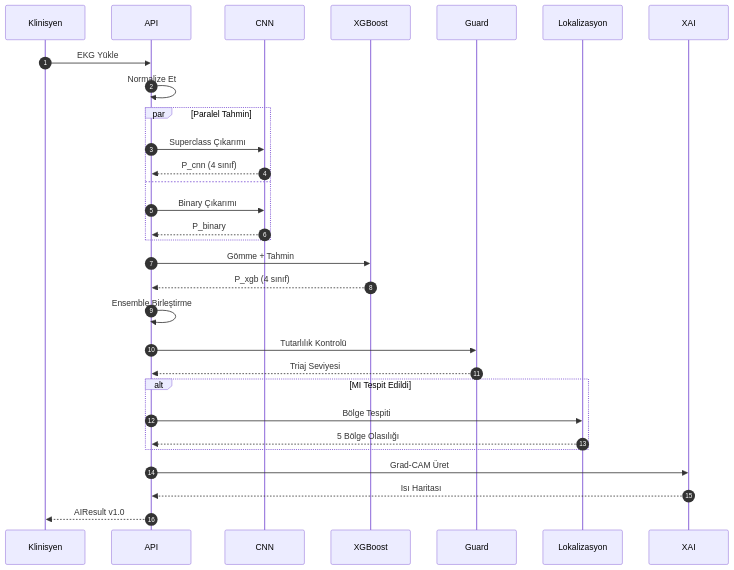
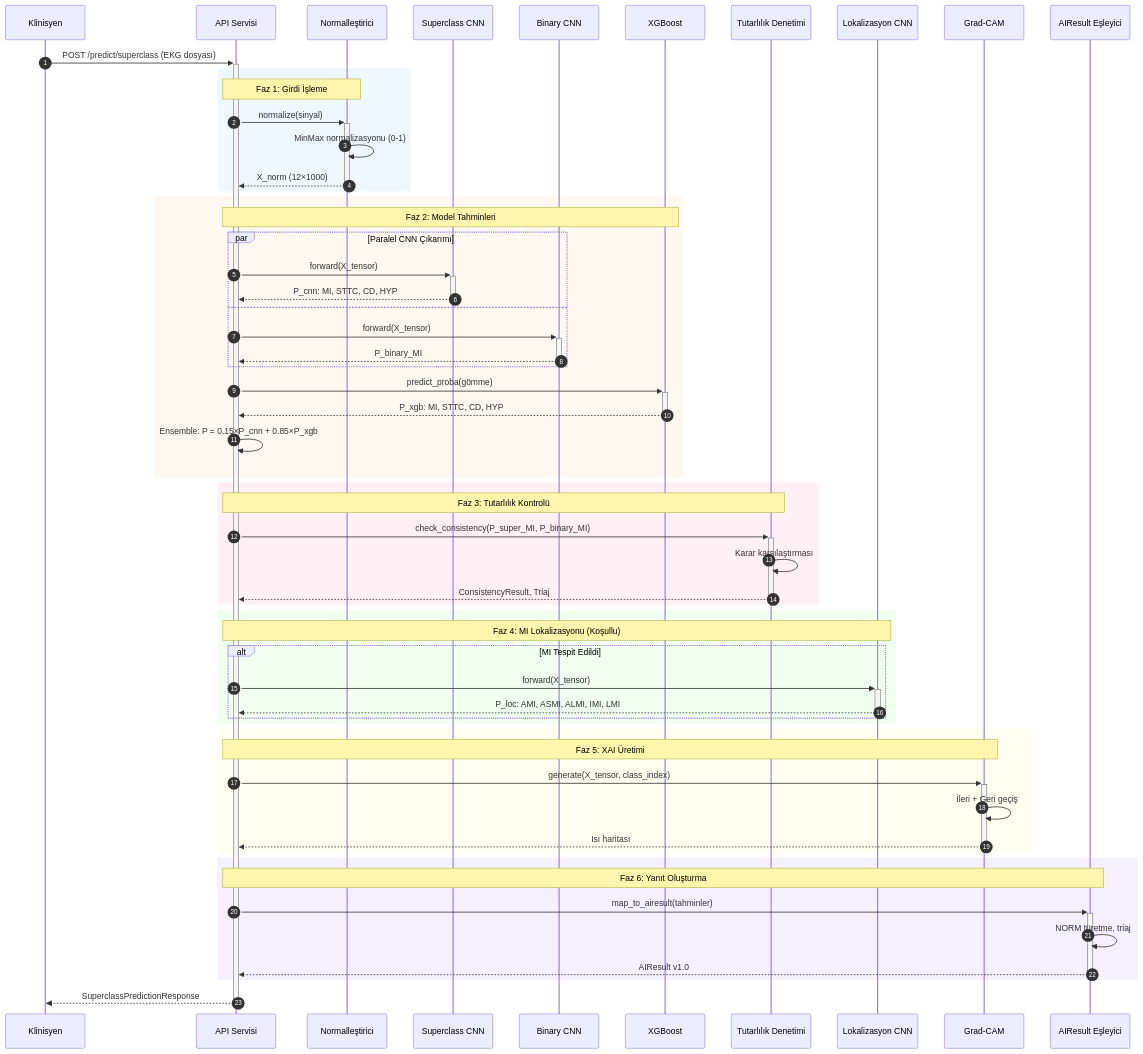
Before and after one commit to mUsaulug/CardioGuard-AI: the first of 9 diagrams in docs/diagrams/06_sequence_diagram.md, drawn with Mermaid. The commit also changed other lines of this file and 3 other files, not shown here.

````diff
--- a/docs/diagrams/06_sequence_diagram.md
+++ b/docs/diagrams/06_sequence_diagram.md
@@ -16,40 +29,70 @@
 ```mermaid
 sequenceDiagram
     autonumber
-    participant K as Klinisyen
-    participant API
-    participant CNN
+    participant Klinisyen
+    participant API as API Servisi
+    participant Norm as Normalleştirici
+    participant SuperCNN as Superclass CNN
+    participant BinaryCNN as Binary CNN
     participant XGB as XGBoost
-    participant Guard
-    participant Loc as Lokalizasyon
-    participant XAI
+    participant Guard as Tutarlılık Denetimi
+    participant LocCNN as Lokalizasyon CNN
+    participant XAI as Grad-CAM
+    participant Mapper as AIResult Eşleyici
     
-    K->>API: EKG Yükle
-    API->>API: Normalize Et
+    Klinisyen->>+API: POST /predict/superclass (EKG dosyası)
     
-    par Paralel Tahmin
-        API->>CNN: Superclass Çıkarımı
-        CNN-->>API: P_cnn (4 sınıf)
-    and
-        API->>CNN: Binary Çıkarımı
-        CNN-->>API: P_binary
+    rect rgb(240, 248, 255)
+        Note over API, Norm: Faz 1: Girdi İşleme
+        API->>+Norm: normalize(sinyal)
+        Norm->>Norm: MinMax normalizasyonu (0-1)
+        Norm-->>-API: X_norm (12×1000)
     end
     
-    API->>XGB: Gömme + Tahmin
-    XGB-->>API: P_xgb (4 sınıf)
-    
-    API->>API: Ensemble Birleştirme
-    
-    API->>Guard: Tutarlılık Kontrolü
-    Guard-->>API: Triaj Seviyesi
-    
-    alt MI Tespit Edildi
-        API->>Loc: Bölge Tespiti
-        Loc-->>API: 5 Bölge Olasılığı
+    rect rgb(255, 248, 240)
+        Note over API, XGB: Faz 2: Model Tahminleri
+        par Paralel CNN Çıkarımı
+            API->>+SuperCNN: forward(X_tensor)
+            SuperCNN-->>-API: P_cnn: MI, STTC, CD, HYP
+        and
+            API->>+BinaryCNN: forward(X_tensor)
+            BinaryCNN-->>-API: P_binary_MI
+        end
+        
+        API->>+XGB: predict_proba(gömme)
+        XGB-->>-API: P_xgb: MI, STTC, CD, HYP
+        
+        API->>API: Ensemble: P = 0.15×P_cnn + 0.85×P_xgb
     end
     
-    API->>XAI: Grad-CAM Üret
-    XAI-->>API: Isı Haritası
+    rect rgb(255, 240, 245)
+        Note over API, Guard: Faz 3: Tutarlılık Kontrolü
+        API->>+Guard: check_consistency(P_super_MI, P_binary_MI)
+        Guard->>Guard: Karar karşılaştırması
+        Guard-->>-API: ConsistencyResult, Triaj
+    end
     
-    API-->>K: AIResult v1.0
+    rect rgb(240, 255, 240)
+        Note over API, LocCNN: Faz 4: MI Lokalizasyonu (Koşullu)
+        alt MI Tespit Edildi
+            API->>+LocCNN: forward(X_tensor)
+            LocCNN-->>-API: P_loc: AMI, ASMI, ALMI, IMI, LMI
+        end
+    end
+    
+    rect rgb(255, 255, 240)
+        Note over API, XAI: Faz 5: XAI Üretimi
+        API->>+XAI: generate(X_tensor, class_index)
+        XAI->>XAI: İleri + Geri geçiş
+        XAI-->>-API: Isı haritası
+    end
+    
+    rect rgb(245, 240, 255)
+        Note over API, Mapper: Faz 6: Yanıt Oluşturma
+        API->>+Mapper: map_to_airesult(tahminler)
+        Mapper->>Mapper: NORM türetme, triaj
+        Mapper-->>-API: AIResult v1.0
+    end
+    
+    API-->>-Klinisyen: SuperclassPredictionResponse
 ```
````
